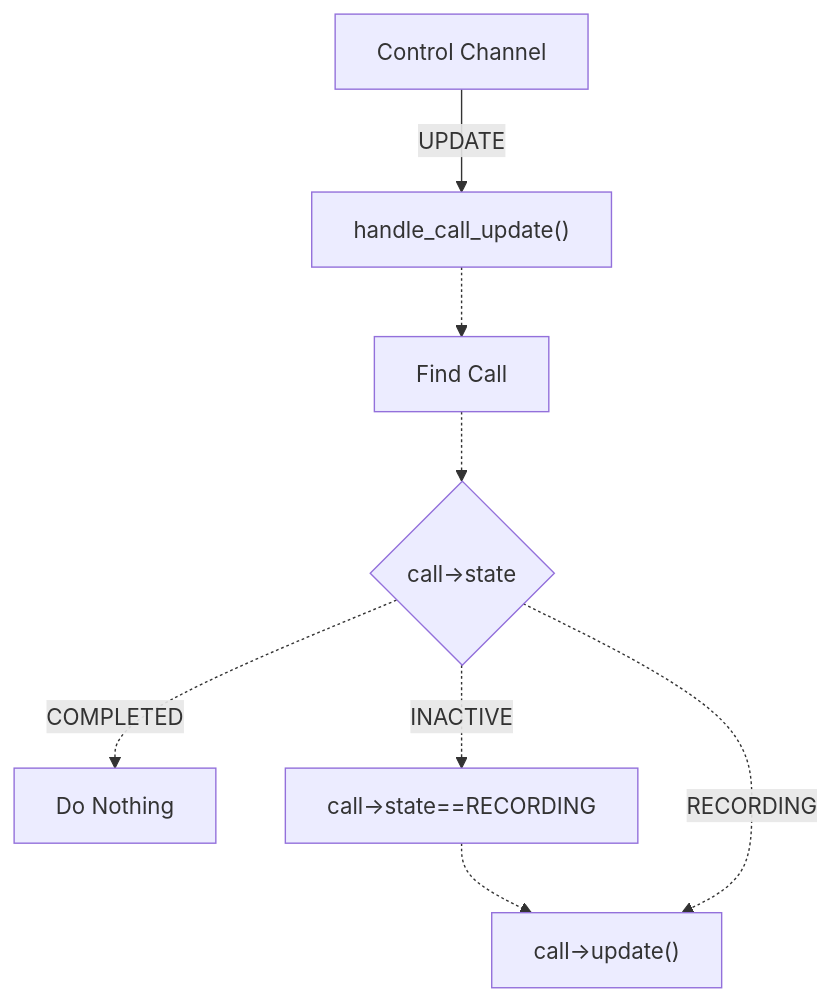
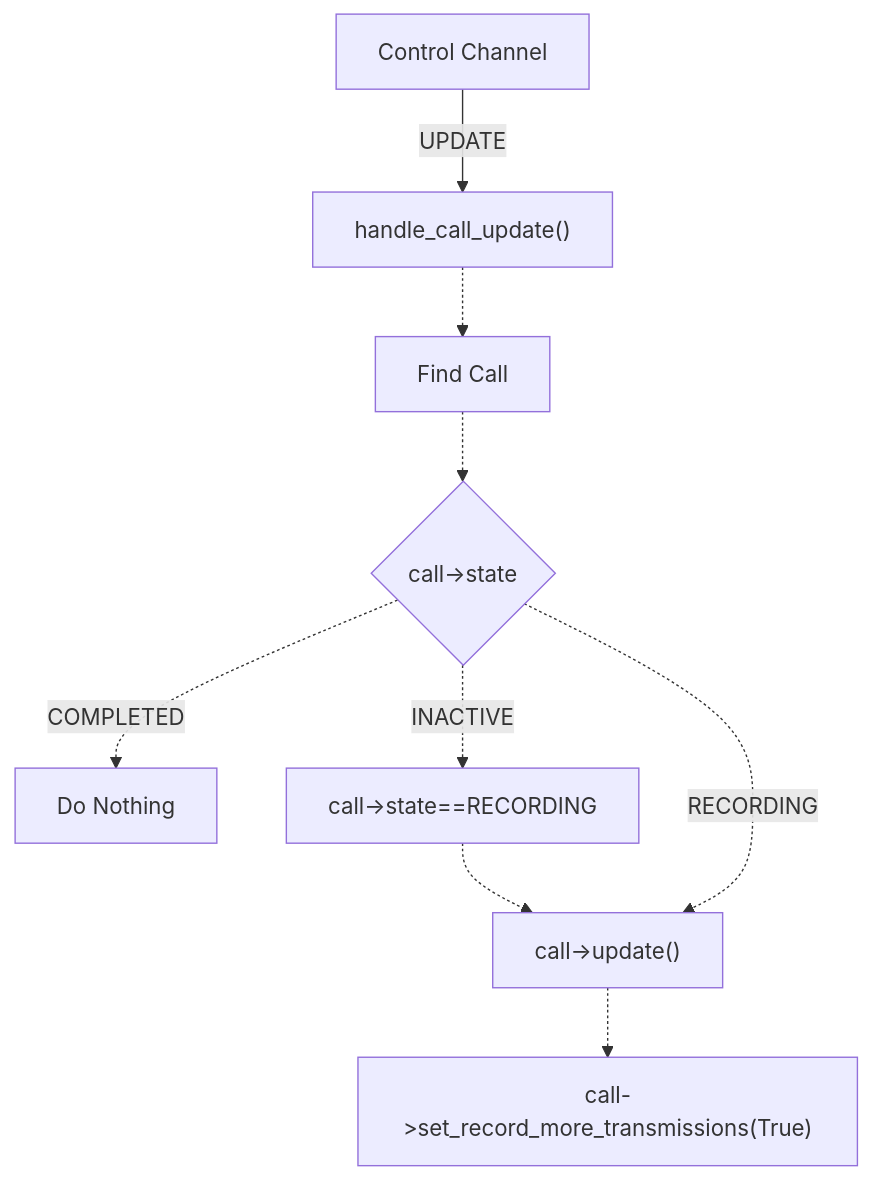
One commit to robotastic/trunk-recorder changed the third of 4 diagrams in docs/notes/CALL-HANDLING.md. Above: the diagram before and after it, drawn with Mermaid. The commit also changed other lines of this file, not shown here.

````diff
--- a/docs/notes/CALL-HANDLING.md
+++ b/docs/notes/CALL-HANDLING.md
@@ -34,11 +34,12 @@
 ```mermaid
 flowchart TD
 A[Control Channel] -->|UPDATE| B["handle_call_update()"]
 B -.-> C[Find Call]
 C -.-> D{"call->state"}
 D -.->|COMPLETED| E[Do Nothing]
 D -.->|INACTIVE| F["call->state==RECORDING"]
 F -.-> G["call->update()"]
 D -.->|RECORDING| G
+G -.-> H["call->set_record_more_transmissions(True)"]
 
 ```
````
